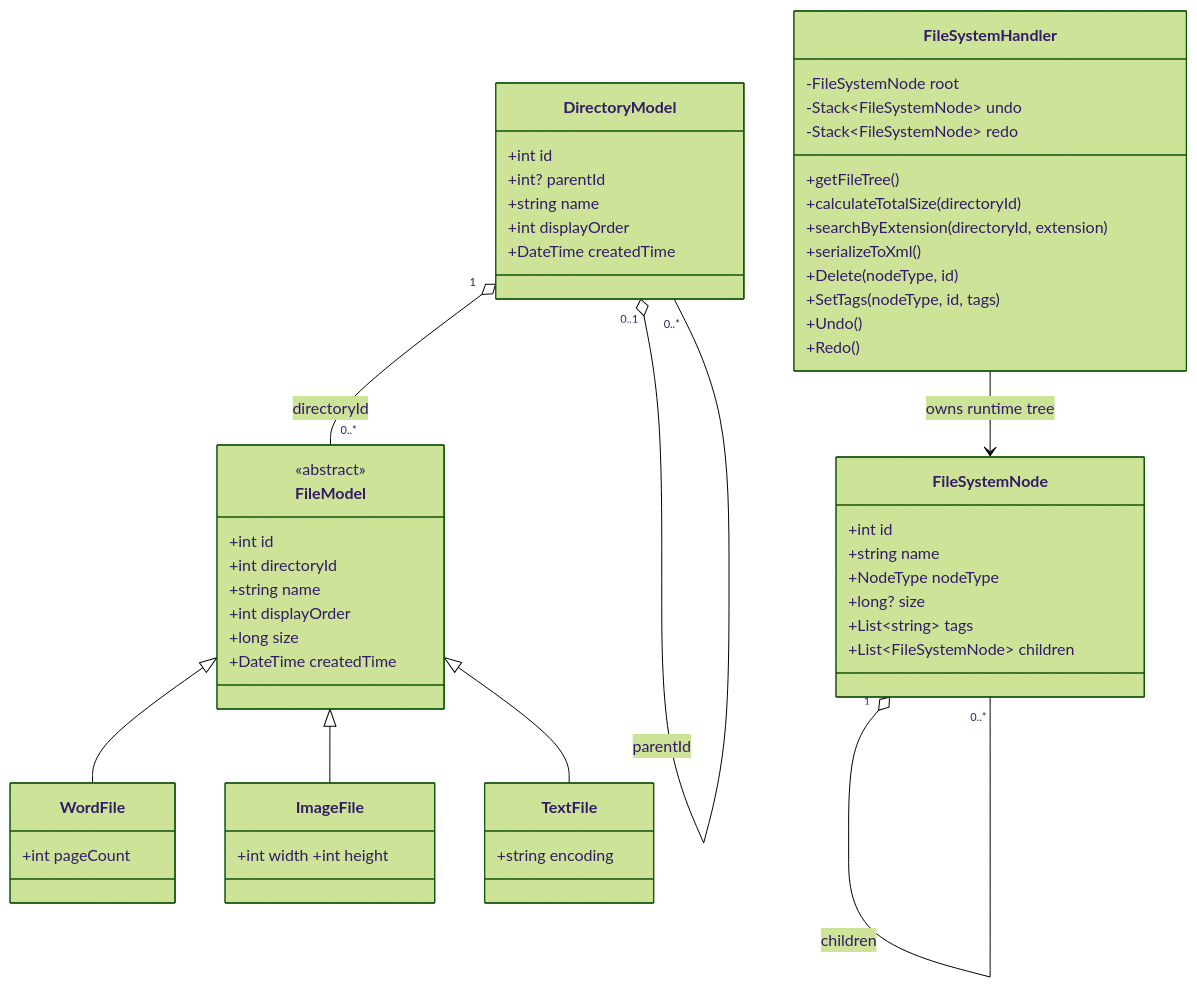
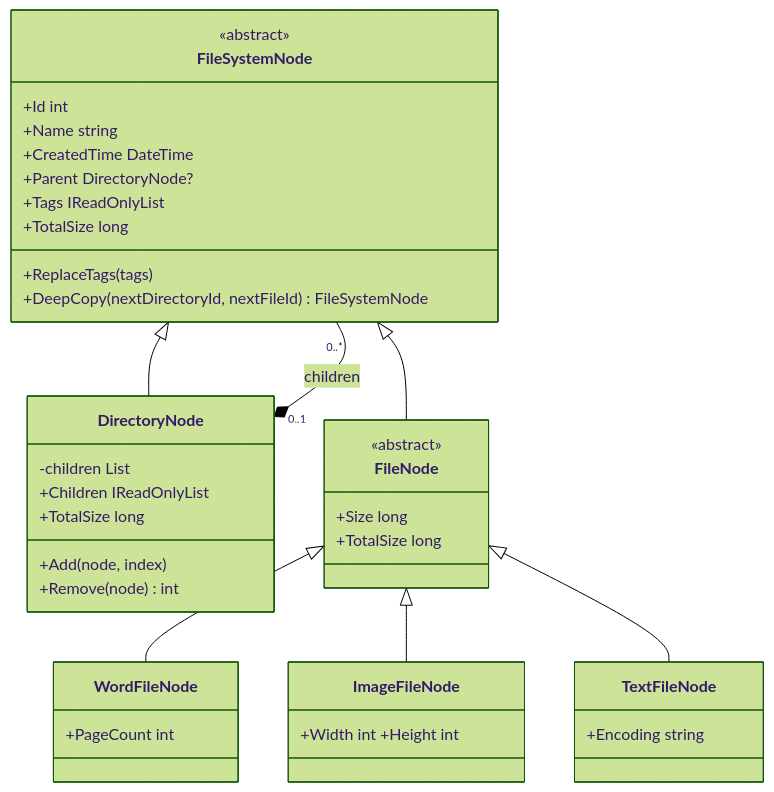
One commit to Juyunho/CloudFileSystem changed the second of 5 diagrams in README.md. Above: the diagram before and after it, drawn with Mermaid (forest theme). The commit also changed other lines of this file and 40 other files, not shown here.

Commit message:
refactor: strengthen cloud file system architecture and testing

````diff
--- a/README.md
+++ b/README.md
@@ -65,50 +100,36 @@
 ```mermaid
 classDiagram
-    class DirectoryModel {
-        +int id
-        +int? parentId
-        +string name
-        +int displayOrder
-        +DateTime createdTime
+    class FileSystemNode {
+        <<abstract>>
+        +Id int
+        +Name string
+        +CreatedTime DateTime
+        +Parent DirectoryNode?
+        +Tags IReadOnlyList
+        +TotalSize long
+        +ReplaceTags(tags)
+        +DeepCopy(nextDirectoryId, nextFileId) FileSystemNode
     }
-    class FileModel {
+    class DirectoryNode {
+        -children List
+        +Children IReadOnlyList
+        +Add(node, index)
+        +Remove(node) int
+        +TotalSize long
+    }
+    class FileNode {
         <<abstract>>
-        +int id
-        +int directoryId
-        +string name
-        +int displayOrder
-        +long size
-        +DateTime createdTime
+        +Size long
+        +TotalSize long
     }
-    class WordFile { +int pageCount }
-    class ImageFile { +int width +int height }
-    class TextFile { +string encoding }
-    class FileSystemNode {
-        +int id
-        +string name
-        +NodeType nodeType
-        +long? size
-        +List~string~ tags
-        +List~FileSystemNode~ children
-    }
-    class FileSystemHandler {
-        -FileSystemNode root
-        -Stack~FileSystemNode~ undo
-        -Stack~FileSystemNode~ redo
-        +getFileTree()
-        +calculateTotalSize(directoryId)
-        +searchByExtension(directoryId, extension)
-        +serializeToXml()
-        +Delete(nodeType, id)
-        +SetTags(nodeType, id, tags)
-        +Undo()
-        +Redo()
-    }
-    FileModel <|-- WordFile
-    FileModel <|-- ImageFile
-    FileModel <|-- TextFile
-    DirectoryModel "1" o-- "0..*" FileModel : directoryId
-    DirectoryModel "0..1" o-- "0..*" DirectoryModel : parentId
-    FileSystemNode "1" o-- "0..*" FileSystemNode : children
-    FileSystemHandler --> FileSystemNode : owns runtime tree
+    class WordFileNode { +PageCount int }
+    class ImageFileNode { +Width int +Height int }
+    class TextFileNode { +Encoding string }
+
+    FileSystemNode <|-- DirectoryNode
+    FileSystemNode <|-- FileNode
+    FileNode <|-- WordFileNode
+    FileNode <|-- ImageFileNode
+    FileNode <|-- TextFileNode
+    DirectoryNode "0..1" *-- "0..*" FileSystemNode : children
 ```
````
